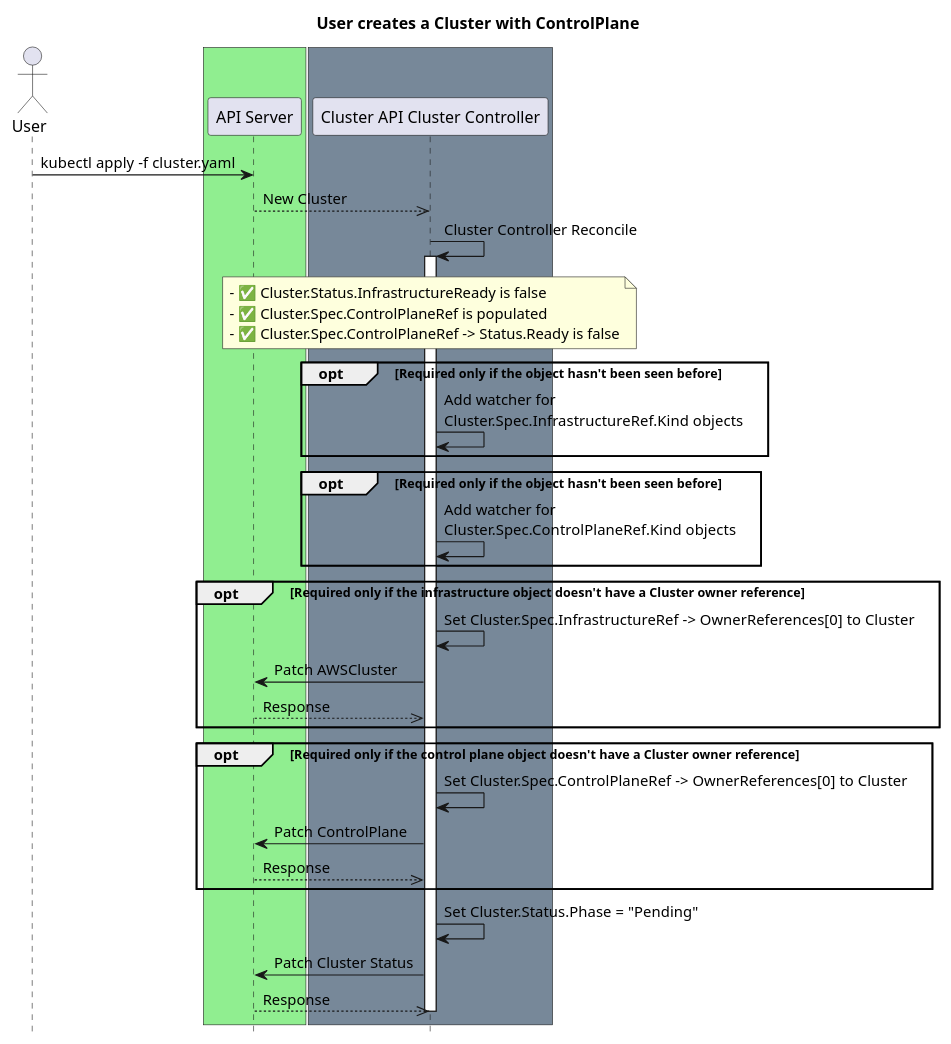
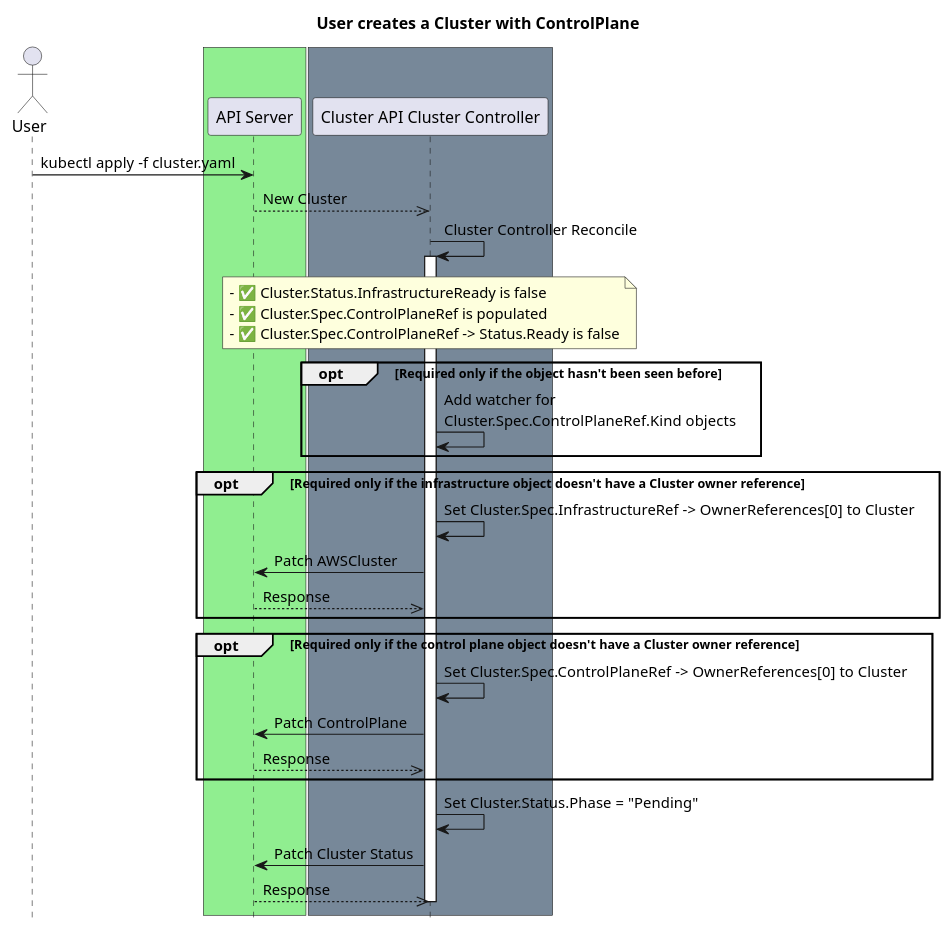
One commit to randomvariable/cluster-api changed the diagram in docs/proposals/images/controlplane/controlplane-init-1.plantuml. Above: the diagram before and after it, drawn with PlantUML. The commit also changed 1 other file, not shown here.

```diff
--- a/docs/proposals/images/controlplane/controlplane-init-1.plantuml
+++ b/docs/proposals/images/controlplane/controlplane-init-1.plantuml
@@ -1,53 +1,49 @@
 @startuml
 title User creates a Cluster with ControlPlane
 actor User
 
 ' -- GROUPS START ---
 
 box #lightgreen
 participant "API Server"
 end box
 
 box #lightslategray
 participant "Cluster API Cluster Controller"
 end box
 
 ' -- GROUPS END ---
 
 User->"API Server":kubectl apply -f cluster.yaml
 "API Server"-->>"Cluster API Cluster Controller": New Cluster
 
 "Cluster API Cluster Controller"-> "Cluster API Cluster Controller":Cluster Controller Reconcile
 activate "Cluster API Cluster Controller"
 
 note over "Cluster API Cluster Controller": - ✅ Cluster.Status.InfrastructureReady is false\n- ✅ Cluster.Spec.ControlPlaneRef is populated\n- ✅ Cluster.Spec.ControlPlaneRef -> Status.Ready is false
-
-opt Required only if the object hasn't been seen before
-"Cluster API Cluster Controller"-> "Cluster API Cluster Controller":Add watcher for \nCluster.Spec.InfrastructureRef.Kind objects
-end
 
 opt Required only if the object hasn't been seen before
 "Cluster API Cluster Controller"-> "Cluster API Cluster Controller":Add watcher for \nCluster.Spec.ControlPlaneRef.Kind objects
 end
 
 opt Required only if the infrastructure object doesn't have a Cluster owner reference
 "Cluster API Cluster Controller"-> "Cluster API Cluster Controller":Set Cluster.Spec.InfrastructureRef -> OwnerReferences[0] to Cluster
 "Cluster API Cluster Controller"->"API Server": Patch AWSCluster
 "Cluster API Cluster Controller"<<--"API Server": Response
 end
 
 opt Required only if the control plane object doesn't have a Cluster owner reference
 "Cluster API Cluster Controller"-> "Cluster API Cluster Controller":Set Cluster.Spec.ControlPlaneRef -> OwnerReferences[0] to Cluster
 "Cluster API Cluster Controller"->"API Server": Patch ControlPlane
 "Cluster API Cluster Controller"<<--"API Server": Response
 end
 
 "Cluster API Cluster Controller"-> "Cluster API Cluster Controller":Set Cluster.Status.Phase = "Pending"
 
 "Cluster API Cluster Controller"->"API Server": Patch Cluster Status
 "Cluster API Cluster Controller"<<--"API Server": Response
 
 deactivate "Cluster API Cluster Controller"
 
 hide footbox
 @enduml
```
